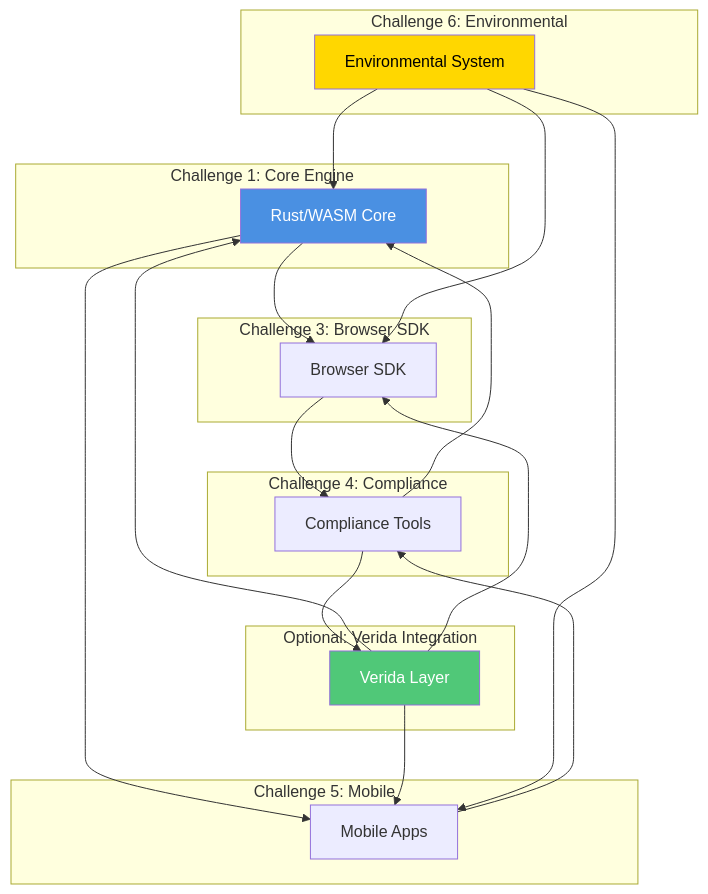
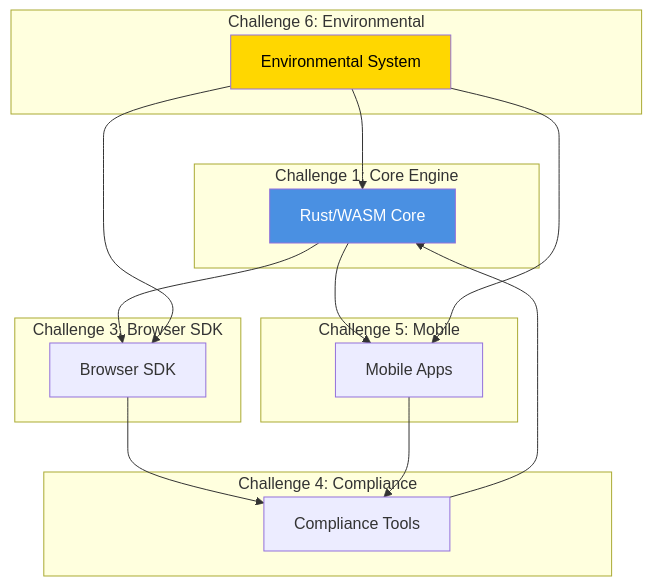
Before and after one commit to Kwaai-AI-Lab/KwaaiNet: diagram 20 of 20 in docs/CHALLENGE_ARCHITECTURES.md, drawn with Mermaid. The commit also changed other lines of this file and 28 other files, not shown here.

````diff
--- a/docs/CHALLENGE_ARCHITECTURES.md
+++ b/docs/CHALLENGE_ARCHITECTURES.md
@@ -1195,47 +1082,38 @@
 ```mermaid
 graph TB
     subgraph "Challenge 1: Core Engine"
         Core[Rust/WASM Core]
-    end
-
-    subgraph "Optional: Verida Integration"
-        Verida[Verida Layer]
     end
 
     subgraph "Challenge 3: Browser SDK"
         Browser[Browser SDK]
     end
 
     subgraph "Challenge 4: Compliance"
         Compliance[Compliance Tools]
     end
 
     subgraph "Challenge 5: Mobile"
         Mobile[Mobile Apps]
     end
 
     subgraph "Challenge 6: Environmental"
         Environmental[Environmental System]
     end
 
     Core --> Browser
     Core --> Mobile
 
-    Verida --> Core
-    Verida --> Browser
-    Verida --> Mobile
 
-    Compliance --> Verida
     Compliance --> Core
 
     Environmental --> Core
     Environmental --> Browser
     Environmental --> Mobile
 
     Browser --> Compliance
     Mobile --> Compliance
 
     style Core fill:#4A90E2,color:#fff
-    style Verida fill:#50C878,color:#fff
     style Environmental fill:#FFD700,color:#000
 ```
````
